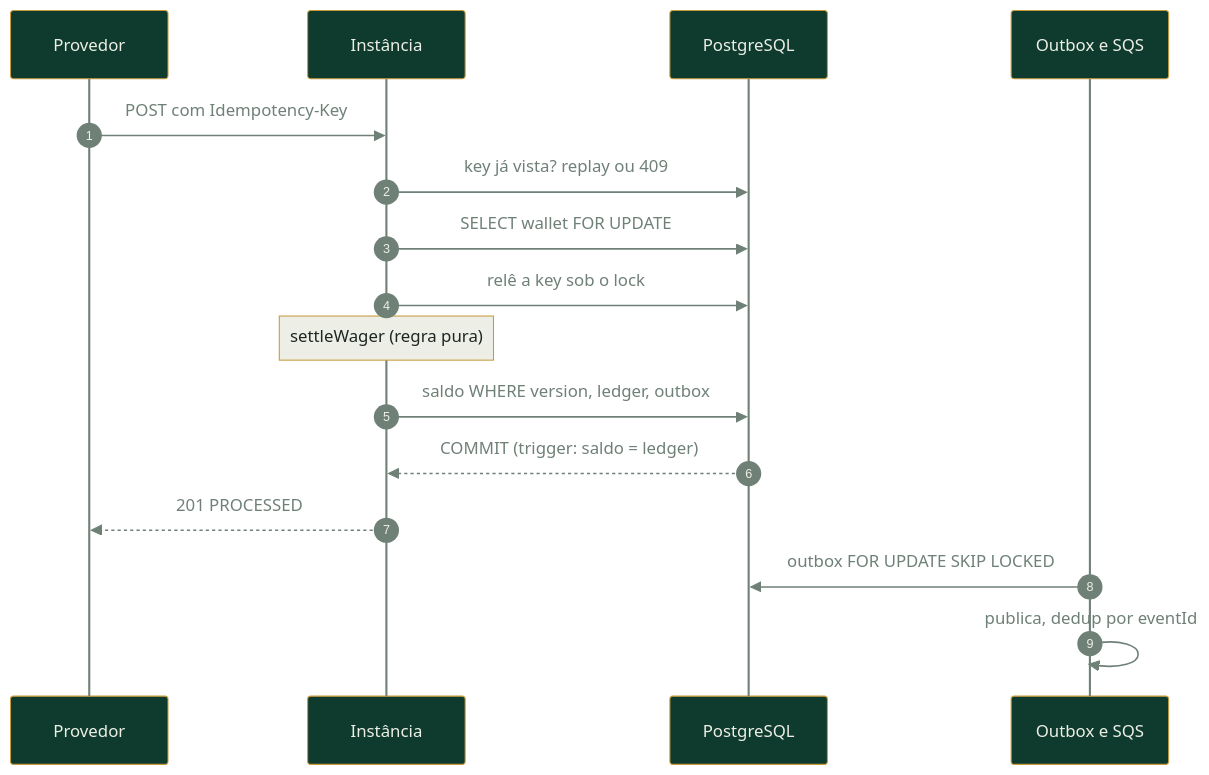
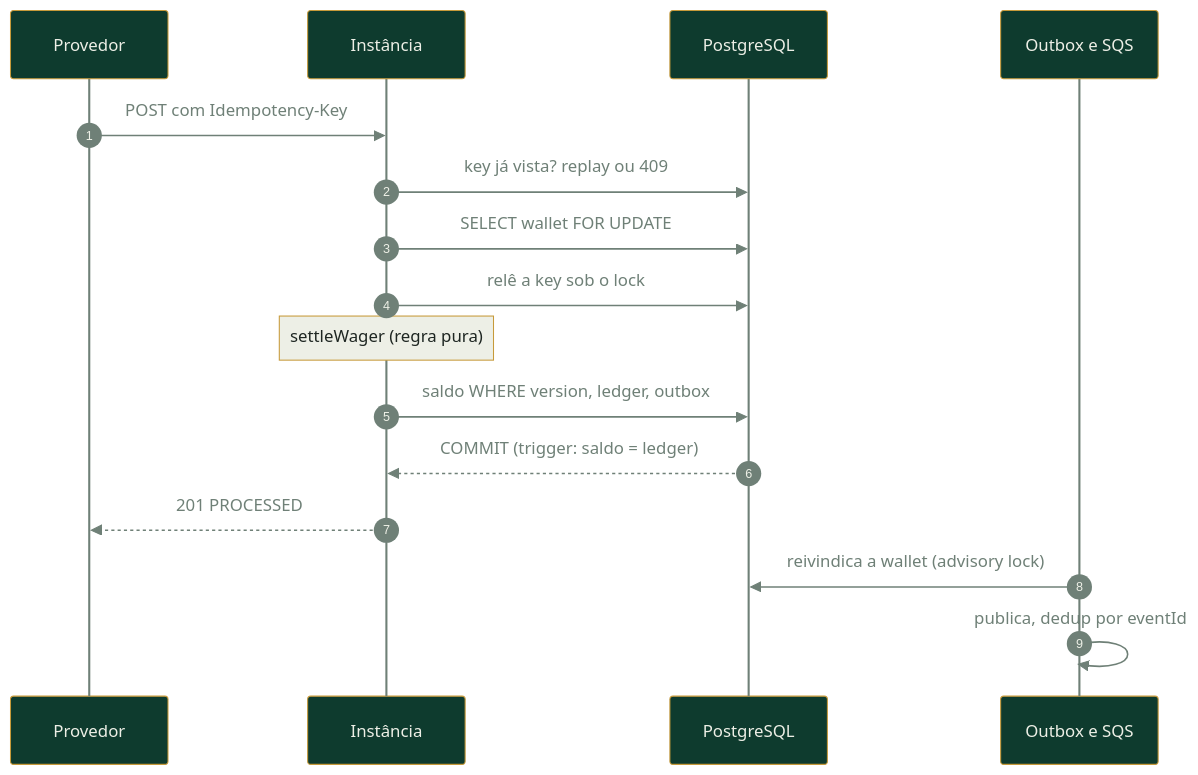
Before and after one commit to yurisdl/jungle-backend-challenge: the second of 2 diagrams in README.md, drawn with Mermaid. The commit also changed other lines of this file and 32 other files, not shown here.

````diff
--- a/README.md
+++ b/README.md
@@ -117,19 +119,19 @@
 ```mermaid
 %%{init: {"theme": "base", "themeVariables": {"actorBkg": "#0E3B2E", "actorTextColor": "#EDEFE6", "actorBorder": "#C79A3A", "actorLineColor": "#6F8077", "signalColor": "#6F8077", "signalTextColor": "#6F8077", "noteBkgColor": "#EDEFE6", "noteTextColor": "#1E2622", "noteBorderColor": "#C79A3A", "sequenceNumberColor": "#EDEFE6"}}}%%
 sequenceDiagram
   autonumber
   participant P as Provedor
   participant I as Instância
   participant DB as PostgreSQL
   participant Q as Outbox e SQS
   P->>I: POST com Idempotency-Key
   I->>DB: key já vista? replay ou 409
   I->>DB: SELECT wallet FOR UPDATE
   I->>DB: relê a key sob o lock
   Note over I: settleWager (regra pura)
   I->>DB: saldo WHERE version, ledger, outbox
   DB-->>I: COMMIT (trigger: saldo = ledger)
   I-->>P: 201 PROCESSED
-  Q->>DB: outbox FOR UPDATE SKIP LOCKED
+  Q->>DB: reivindica a wallet (advisory lock)
   Q->>Q: publica, dedup por eventId
 ```
````
